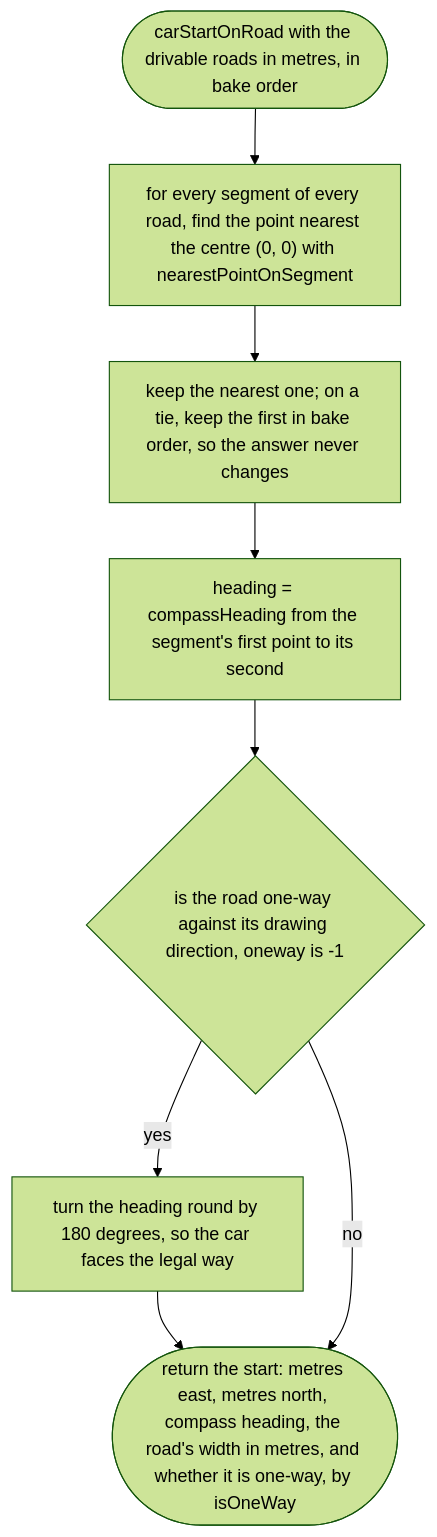
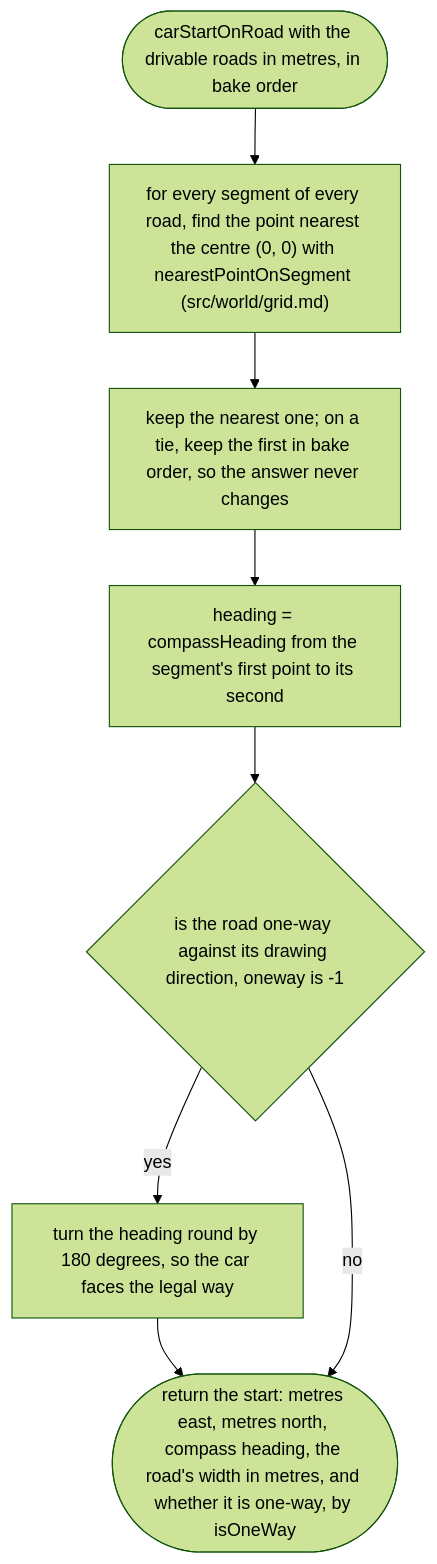
One commit to NewDara-Star/world-engine changed the first of 2 diagrams in docs/designs/tools/bake/start.md. Above: the diagram before and after it, drawn with Mermaid (forest theme). The commit also changed other lines of this file and 58 other files, not shown here.

````diff
--- a/docs/designs/tools/bake/start.md
+++ b/docs/designs/tools/bake/start.md
@@ -17,13 +17,13 @@
 ```mermaid
 flowchart TD
   s(["carStartOnRoad with the drivable roads in metres, in bake order"])
-  a["for every segment of every road, find the point nearest the centre (0, 0) with nearestPointOnSegment"]
+  a["for every segment of every road, find the point nearest the centre (0, 0) with nearestPointOnSegment (src/world/grid.md)"]
   b["keep the nearest one; on a tie, keep the first in bake order, so the answer never changes"]
   c["heading = compassHeading from the segment's first point to its second"]
   d{"is the road one-way against its drawing direction, oneway is -1"}
   e["turn the heading round by 180 degrees, so the car faces the legal way"]
   f(["return the start: metres east, metres north, compass heading, the road's width in metres, and whether it is one-way, by isOneWay"])
   s --> a --> b --> c --> d
   d -->|"yes"| e --> f
   d -->|"no"| f
 ```
````
